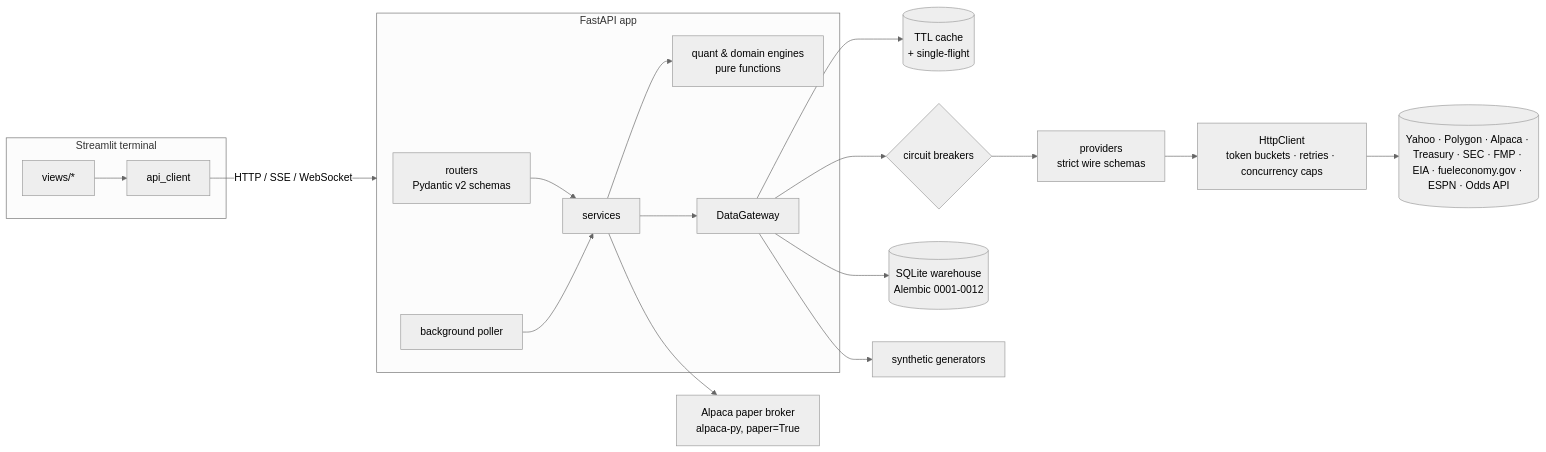
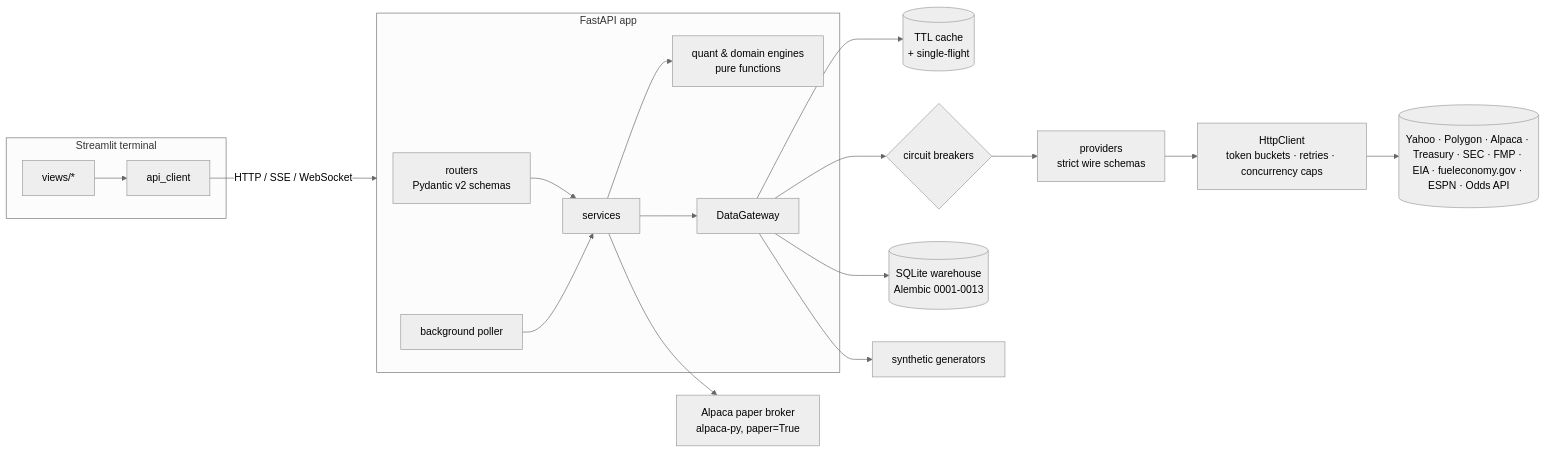
The diagram in README.md (kasmdkasdsad/Finance), drawn with Mermaid (neutral theme) before and after one commit. The commit also changed other lines of this file and 3 other files, not shown here.

````diff
--- a/README.md
+++ b/README.md
@@ -145,21 +145,21 @@
 ```mermaid
 flowchart LR
     subgraph UI[Streamlit terminal]
         V[views/*] --> C[api_client]
     end
     C -- HTTP / SSE / WebSocket --> API
     subgraph API[FastAPI app]
         R[routers<br/>Pydantic v2 schemas] --> S[services]
         S --> Q[quant & domain engines<br/>pure functions]
         S --> G[DataGateway]
         P[background poller] --> S
     end
     G --> CACHE[(TTL cache<br/>+ single-flight)]
     G --> CB{circuit breakers}
     CB --> PR[providers<br/>strict wire schemas]
     PR --> HTTP[HttpClient<br/>token buckets · retries · concurrency caps]
     HTTP --> EXT[(Yahoo · Polygon · Alpaca · Treasury · SEC · FMP · EIA · fueleconomy.gov · ESPN · Odds API)]
-    G --> WH[(SQLite warehouse<br/>Alembic 0001-0012)]
+    G --> WH[(SQLite warehouse<br/>Alembic 0001-0013)]
     S --> BRK[Alpaca paper broker<br/>alpaca-py, paper=True]
     G --> SYN[synthetic generators]
 ```
````
